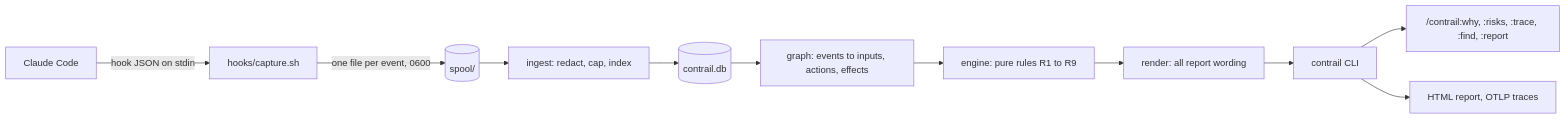
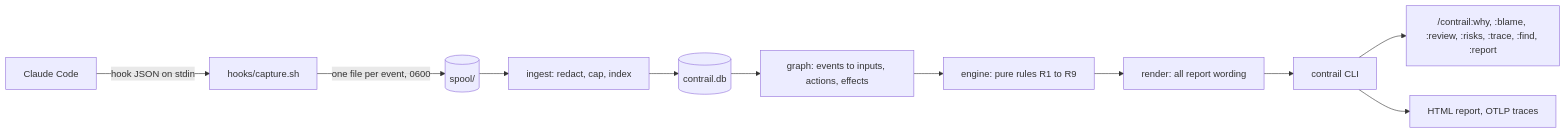
Before and after one commit to levimackay/contrail: the diagram in README.md, drawn with Mermaid. The commit also changed other lines of this file and 6 other files, not shown here.

````diff
--- a/README.md
+++ b/README.md
@@ -322,13 +343,13 @@
 ```mermaid
 flowchart LR
   CC[Claude Code] -- hook JSON on stdin --> CAP[hooks/capture.sh]
   CAP -- one file per event, 0600 --> SPOOL[(spool/)]
   SPOOL --> ING[ingest: redact, cap, index]
   ING --> DB[(contrail.db)]
   DB --> G[graph: events to inputs, actions, effects]
   G --> E[engine: pure rules R1 to R9]
   E --> R[render: all report wording]
   R --> CLI[contrail CLI]
-  CLI --> SK["/contrail:why, :risks, :trace, :find, :report"]
+  CLI --> SK["/contrail:why, :blame, :review, :risks, :trace, :find, :report"]
   CLI --> OUT["HTML report, OTLP traces"]
 ```
````
